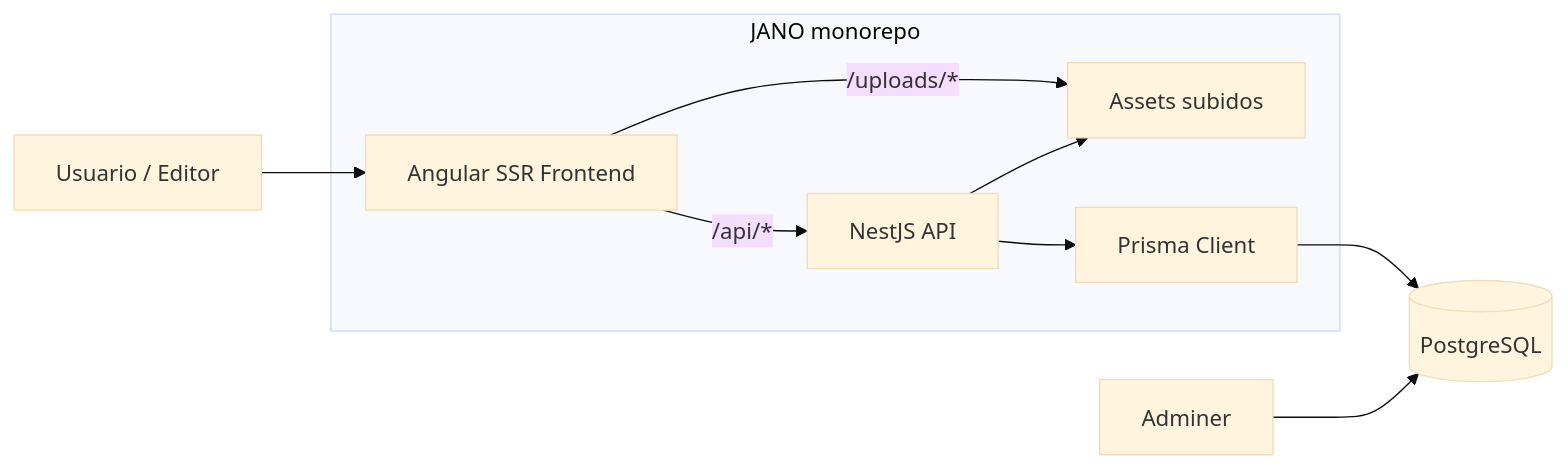
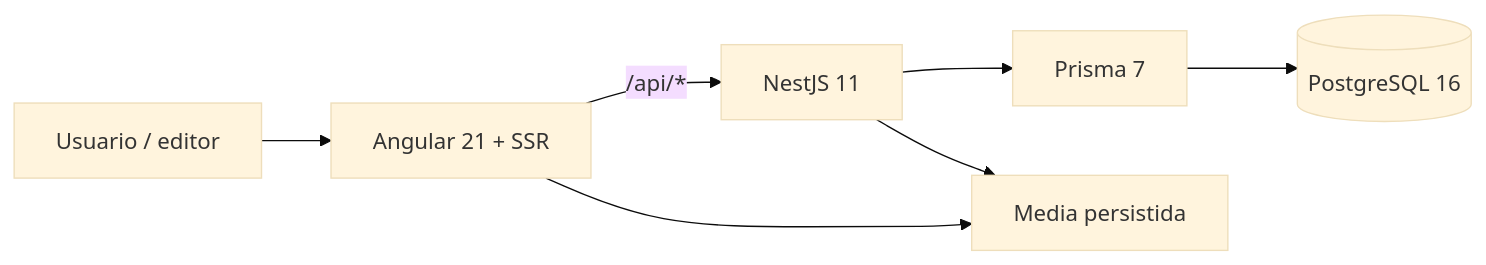
Before and after one commit to manuelgodoytorrealba/Jano: the first of 3 diagrams in docs/architecture-overview.md, drawn with Mermaid (base theme). The commit also changed other lines of this file and 182 other files, not shown here.

Commit message:
refactor: complete architectural consolidation

````diff
--- a/docs/architecture-overview.md
+++ b/docs/architecture-overview.md
@@ -29,17 +21,9 @@
 ```mermaid
 flowchart LR
-  User[Usuario / Editor] --> FE[Angular SSR Frontend]
-  FE -->|/api/*| API[NestJS API]
-  FE -->|/uploads/*| Uploads[Assets subidos]
-  API --> Prisma[Prisma Client]
-  Prisma --> DB[(PostgreSQL)]
-  API --> Uploads
-  Adminer[Adminer] --> DB
-
-  subgraph Repo[JANO monorepo]
-    FE
-    API
-    Prisma
-    Uploads
-  end
+  User["Usuario / editor"] --> Angular["Angular 21 + SSR"]
+  Angular -->|"/api/*"| Nest["NestJS 11"]
+  Nest --> Prisma["Prisma 7"]
+  Prisma --> Postgres[("PostgreSQL 16")]
+  Nest --> Uploads["Media persistida"]
+  Angular --> Uploads
 ```
````
